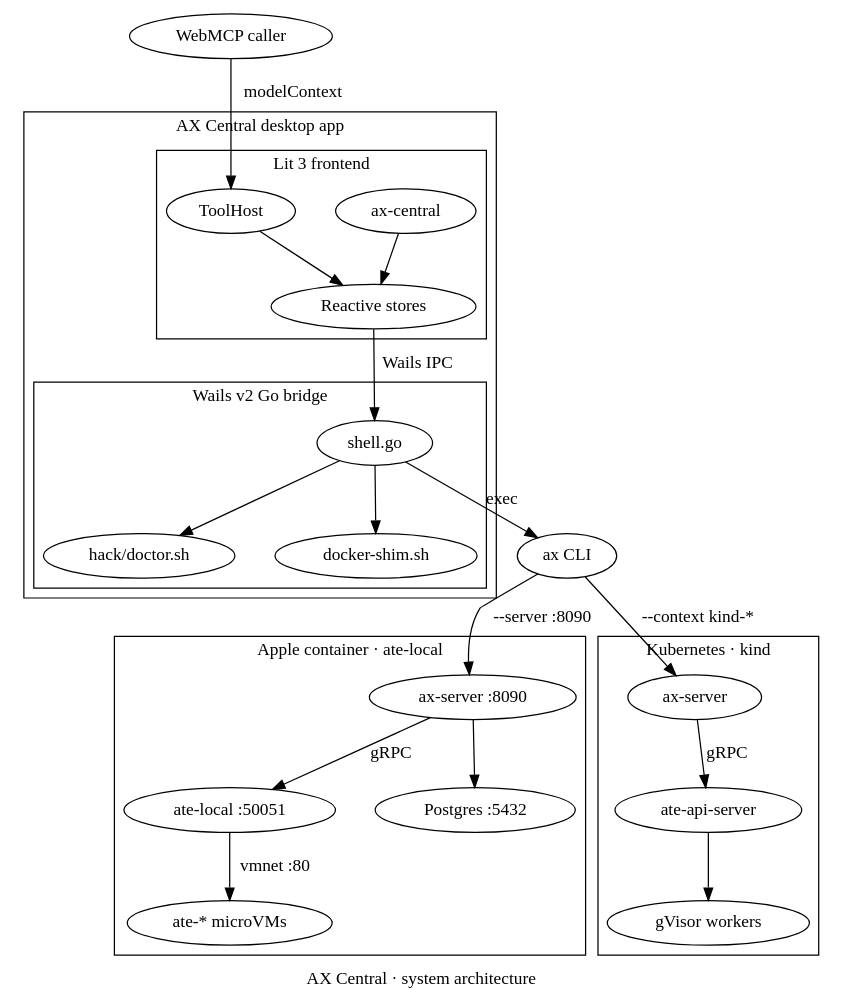
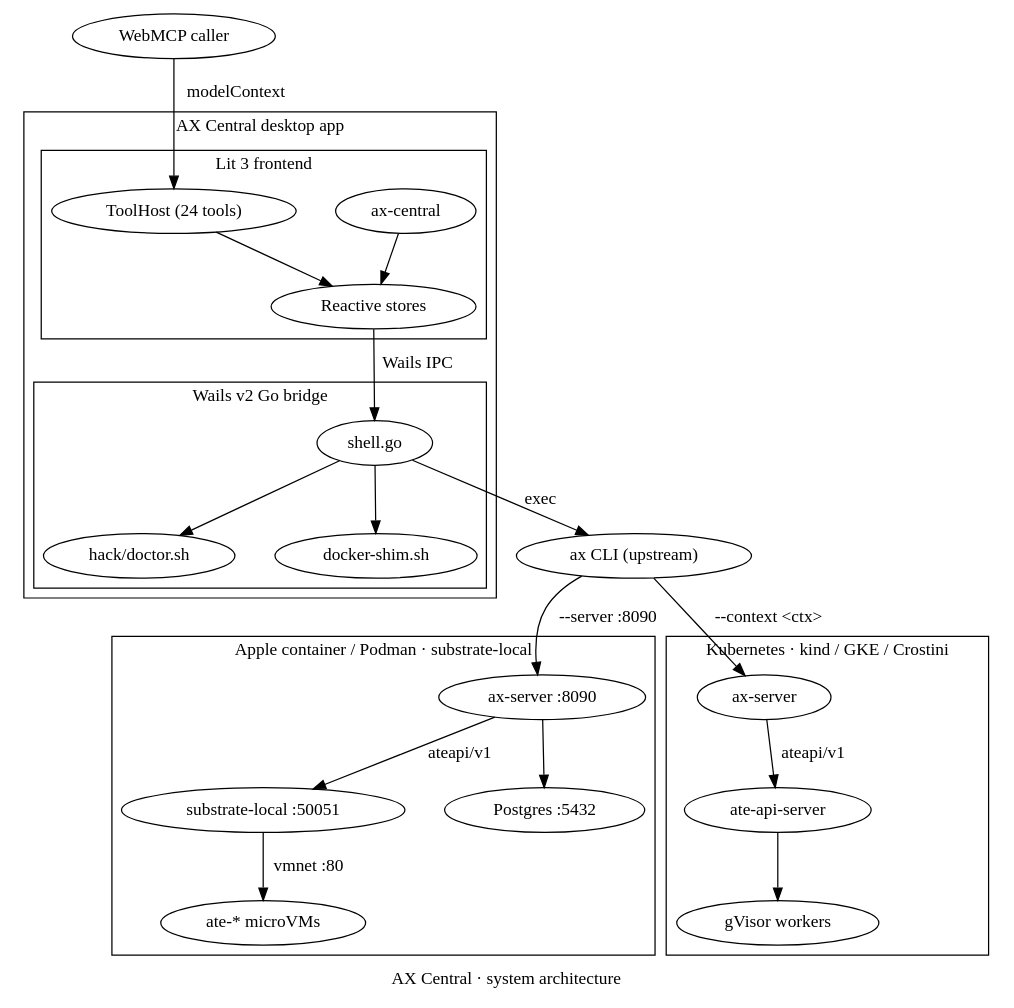
One commit to ghchinoy/ax-central changed the diagram in docs/diagrams/01-architecture.dot. Above: the diagram before and after it, drawn with Graphviz. The commit also changed 11 other files, not shown here.

First line of the commit message:
docs(sweep): align AX Central docs & Lustrous diagrams with substrate-local, agentexecutor/studio, and #731/#756 (ax-central-e90)

```diff
--- a/docs/diagrams/01-architecture.dot
+++ b/docs/diagrams/01-architecture.dot
@@ -1,70 +1,70 @@
 // AX Central system architecture: Lit 3 frontend, Wails v2 Go bridge,
-// and dual compute substrates (Apple container ate-local vs Kubernetes kind).
+// and multi-substrate control (standalone substrate-local vs Kubernetes clusters).
 digraph ax_central_architecture {
   label = "AX Central · system architecture";
   ranksep = 0.55;
   nodesep = 0.45;
   newrank = true;
 
   agent [label="WebMCP caller", class="terminal"];
 
   subgraph cluster_app {
     label = "AX Central desktop app";
 
     subgraph cluster_ui {
       label = "Lit 3 frontend";
       shell    [label="ax-central", class="primary code"];
-      toolhost [label="ToolHost", class="emphasis"];
+      toolhost [label="ToolHost (24 tools)", class="emphasis"];
       stores   [label="Reactive stores"];
     }
 
     subgraph cluster_bridge {
       label = "Wails v2 Go bridge";
       runner [label="shell.go", class="code"];
       doctor [label="hack/doctor.sh", class="muted code"];
       shim   [label="docker-shim.sh", class="muted code"];
     }
   }
 
-  axcli [label="ax CLI", class="code"];
+  axcli [label="ax CLI (upstream)", class="code"];
 
   subgraph cluster_local {
-    label = "Apple container · ate-local";
+    label = "Apple container / Podman · substrate-local";
     class = "accent";
     ax_local  [label="ax-server :8090", class="code"];
-    ate_local [label="ate-local :50051", class="emphasis code"];
+    ate_local [label="substrate-local :50051", class="emphasis code"];
     pg_local  [label="Postgres :5432", class="store"];
     microvm   [label="ate-* microVMs", class="positive"];
   }
 
   subgraph cluster_kind {
-    label = "Kubernetes · kind";
+    label = "Kubernetes · kind / GKE / Crostini";
     ax_k8s  [label="ax-server", class="code"];
     ate_k8s [label="ate-api-server", class="code"];
     workers [label="gVisor workers"];
   }
 
   {rank=same; shell; toolhost;}
   {rank=same; doctor; shim;}
   {rank=same; ax_local; ax_k8s;}
   {rank=same; ate_local; pg_local; ate_k8s;}
   {rank=same; microvm; workers;}
 
   agent -> toolhost  [label="modelContext", class="async code"];
   shell -> stores;
   toolhost -> stores;
   stores -> runner   [label="Wails IPC", class="primary"];
   runner -> doctor   [class="muted"];
   runner -> shim     [class="muted"];
   runner -> axcli    [label="exec", class="primary code"];
 
   axcli -> ax_local  [label="--server :8090", class="primary code"];
-  axcli -> ax_k8s    [label="--context kind-*", class="code"];
+  axcli -> ax_k8s    [label="--context <ctx>", class="code"];
 
   ax_local -> pg_local;
-  ax_local -> ate_local [label="gRPC", class="code"];
+  ax_local -> ate_local [label="ateapi/v1", class="code"];
   ate_local -> microvm  [label="vmnet :80", class="positive"];
 
-  ax_k8s -> ate_k8s     [label="gRPC", class="code"];
+  ax_k8s -> ate_k8s     [label="ateapi/v1", class="code"];
   ate_k8s -> workers;
 }
```
